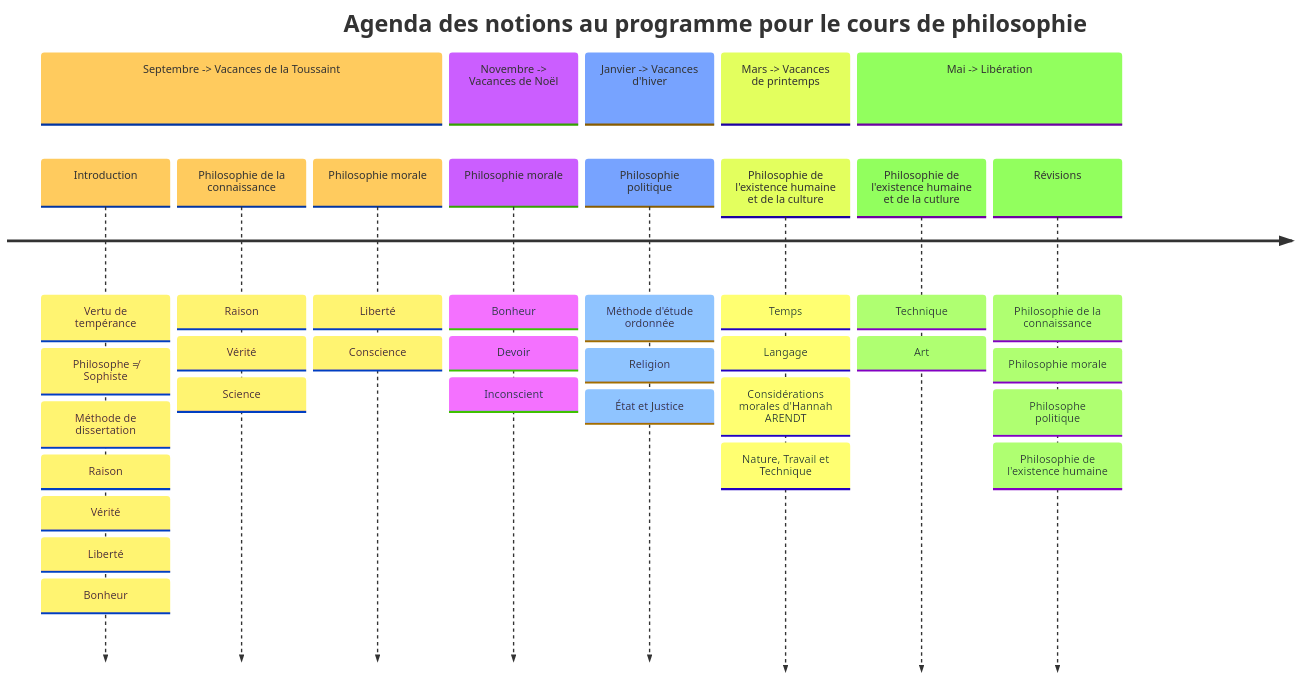
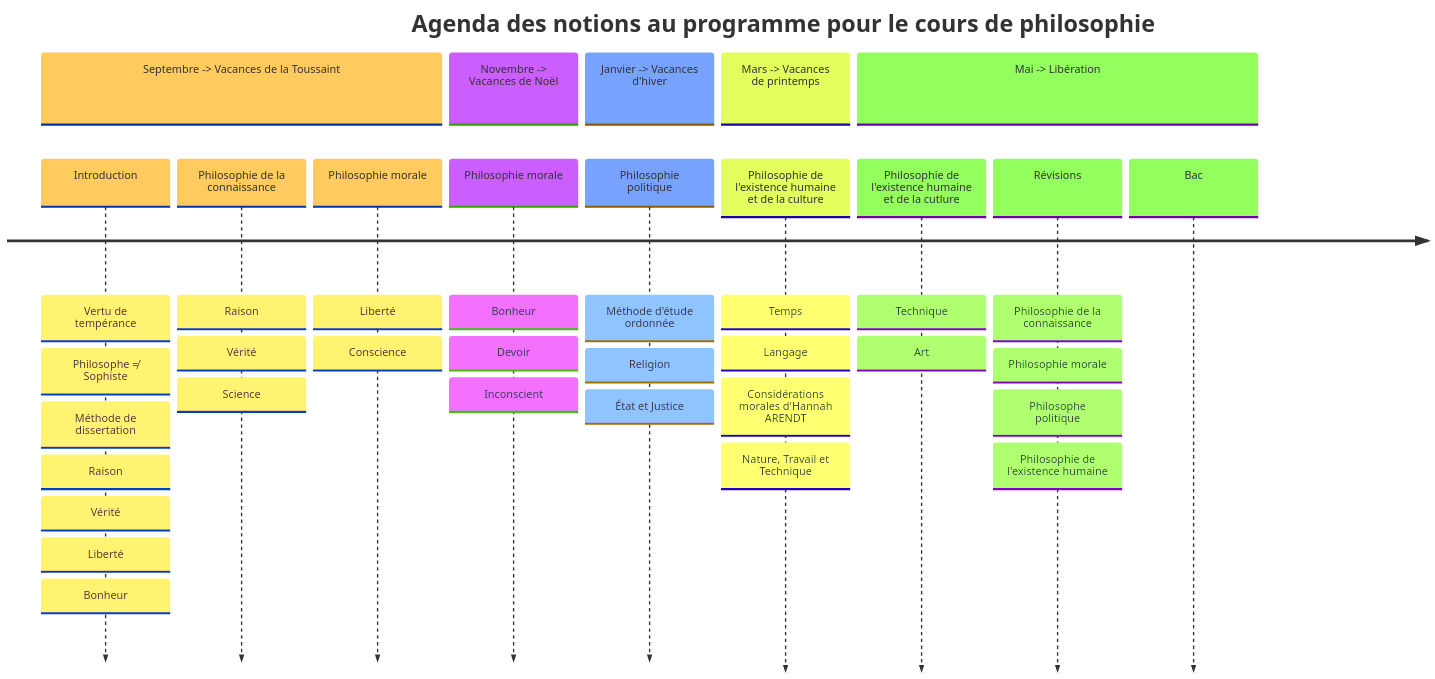
The diagram in PlanCours-notions.mmd (IpadDilectio/Mairmaid), drawn with Mermaid before and after one commit.

Commit message:
Update PlanCours-notions.mmd
J'ai ajouté le bac

```diff
--- a/PlanCours-notions.mmd
+++ b/PlanCours-notions.mmd
@@ -1,21 +1,22 @@
 ---
 config:
   theme: base
   themeVariables:
     fontFamily: verdana
 ---
 timeline
     title Agenda des notions au programme pour le cours de philosophie
     section Septembre -> Vacances de la Toussaint
         Introduction : Vertu de tempérance : Philosophe ≠ Sophiste : Méthode de dissertation : Raison : Vérité : Liberté : Bonheur
         Philosophie de la connaissance : Raison : Vérité : Science
         Philosophie morale : Liberté : Conscience
     section Novembre -> Vacances de Noël
         Philosophie morale : Bonheur : Devoir : Inconscient
     section Janvier -> Vacances d'hiver
         Philosophie politique : Méthode d'étude ordonnée : Religion : État et Justice
     section Mars -> Vacances de printemps
         Philosophie de l'existence humaine et de la culture : Temps : Langage : Considérations morales d'Hannah ARENDT : Nature, Travail et Technique
     section Mai -> Libération
         Philosophie de l'existence humaine et de la cutlure : Technique : Art
         Révisions : Philosophie de la connaissance : Philosophie morale : Philosophe politique : Philosophie de l'existence humaine
+        Bac
```
